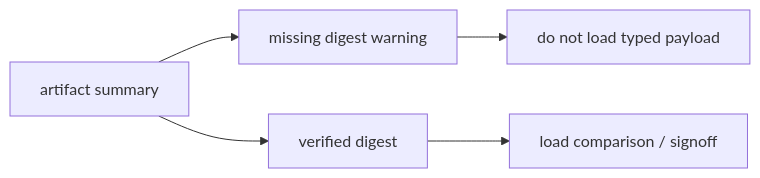
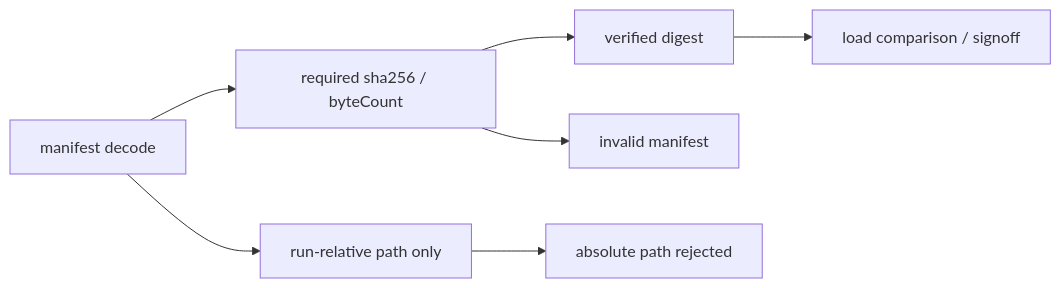
Before and after one commit to 1amageek/circuit-studio: the eighth of 8 diagrams in docs/dogfooding-2026-05-15-round-trip-artifacts.md, drawn with Mermaid. The commit also changed other lines of this file and 7 other files, not shown here.

````diff
--- a/docs/dogfooding-2026-05-15-round-trip-artifacts.md
+++ b/docs/dogfooding-2026-05-15-round-trip-artifacts.md
@@ -333,7 +333,9 @@
 ```mermaid
 flowchart LR
-  Artifact["artifact summary"] --> Legacy["missing digest warning"]
-  Artifact --> Verified["verified digest"]
-  Legacy --> Block["do not load typed payload"]
+  Manifest["manifest decode"] --> Required["required sha256 / byteCount"]
+  Required --> Verified["verified digest"]
+  Required --> Invalid["invalid manifest"]
+  Manifest --> Path["run-relative path only"]
+  Path --> Reject["absolute path rejected"]
   Verified --> Load["load comparison / signoff"]
 ```
````
